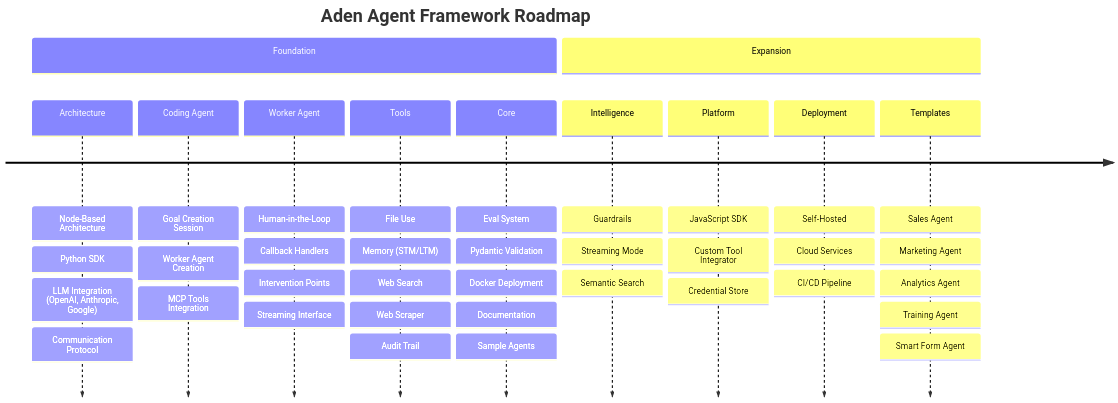
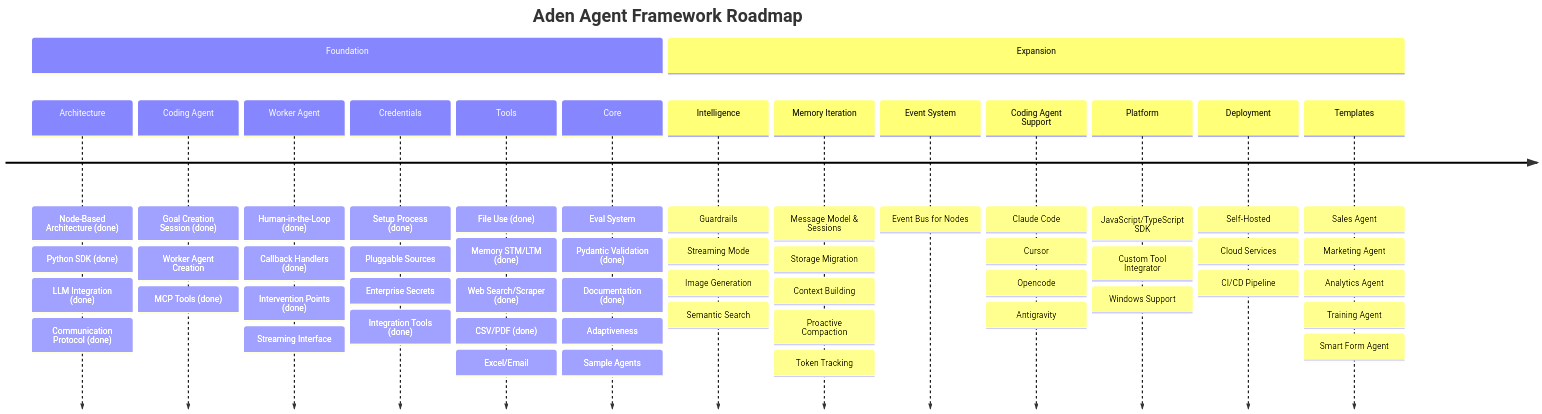
Before and after one commit to nk10nikhil/hive-spm-clone: the diagram in ROADMAP.md, drawn with Mermaid.

Commit message:
feat: update mermaid chart

````diff
--- a/ROADMAP.md
+++ b/ROADMAP.md
@@ -5,15 +5,19 @@
 ```mermaid
 timeline
     title Aden Agent Framework Roadmap
     section Foundation
-        Architecture : Node-Based Architecture : Python SDK : LLM Integration (OpenAI, Anthropic, Google) : Communication Protocol
-        Coding Agent : Goal Creation Session : Worker Agent Creation : MCP Tools Integration
-        Worker Agent : Human-in-the-Loop : Callback Handlers : Intervention Points : Streaming Interface
-        Tools : File Use : Memory (STM/LTM) : Web Search : Web Scraper : Audit Trail
-        Core : Eval System : Pydantic Validation : Docker Deployment : Documentation : Sample Agents
+        Architecture : Node-Based Architecture (done) : Python SDK (done) : LLM Integration (done) : Communication Protocol (done)
+        Coding Agent : Goal Creation Session (done) : Worker Agent Creation : MCP Tools (done)
+        Worker Agent : Human-in-the-Loop (done) : Callback Handlers (done) : Intervention Points (done) : Streaming Interface
+        Credentials : Setup Process (done) : Pluggable Sources : Enterprise Secrets : Integration Tools (done)
+        Tools : File Use (done) : Memory STM/LTM (done) : Web Search/Scraper (done) : CSV/PDF (done) : Excel/Email
+        Core : Eval System : Pydantic Validation (done) : Documentation (done) : Adaptiveness : Sample Agents
     section Expansion
-        Intelligence : Guardrails : Streaming Mode : Semantic Search
-        Platform : JavaScript SDK : Custom Tool Integrator : Credential Store
+        Intelligence : Guardrails : Streaming Mode : Image Generation : Semantic Search
+        Memory Iteration : Message Model & Sessions : Storage Migration : Context Building : Proactive Compaction : Token Tracking
+        Event System : Event Bus for Nodes
+        Coding Agent Support : Claude Code : Cursor : Opencode : Antigravity
+        Platform : JavaScript/TypeScript SDK : Custom Tool Integrator : Windows Support
         Deployment : Self-Hosted : Cloud Services : CI/CD Pipeline
         Templates : Sales Agent : Marketing Agent : Analytics Agent : Training Agent : Smart Form Agent
 ```
````
